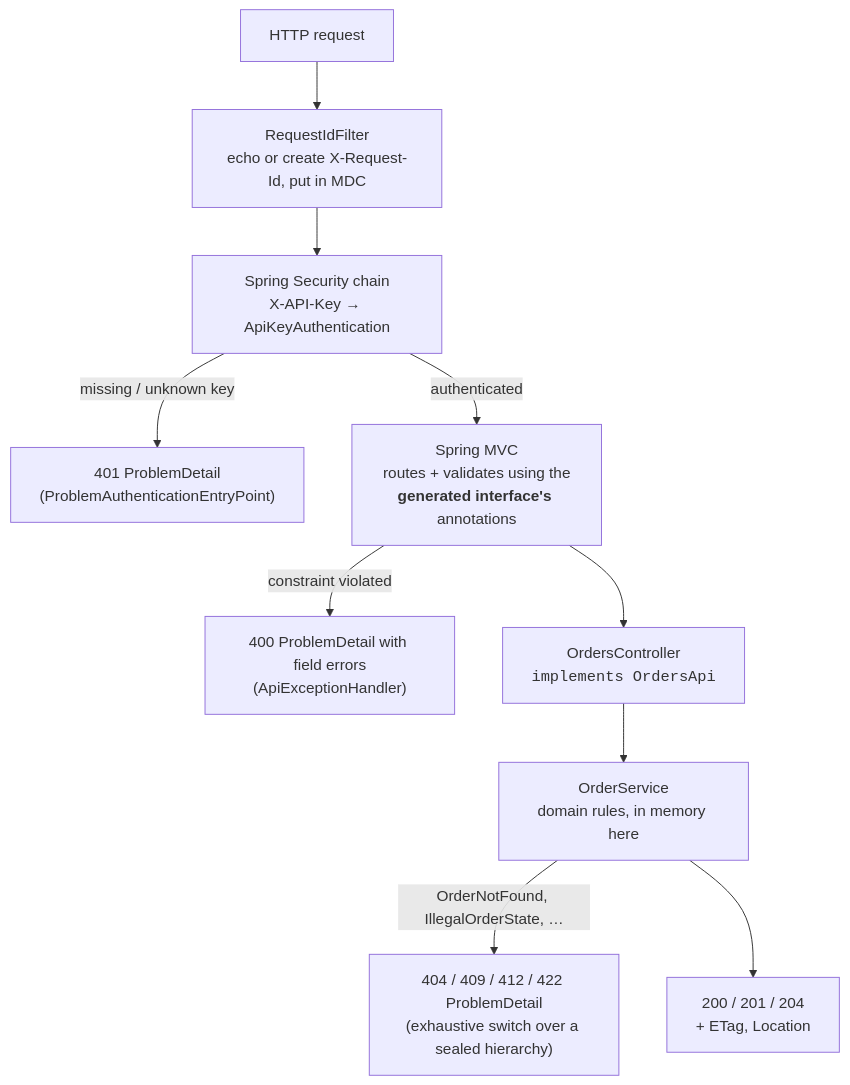
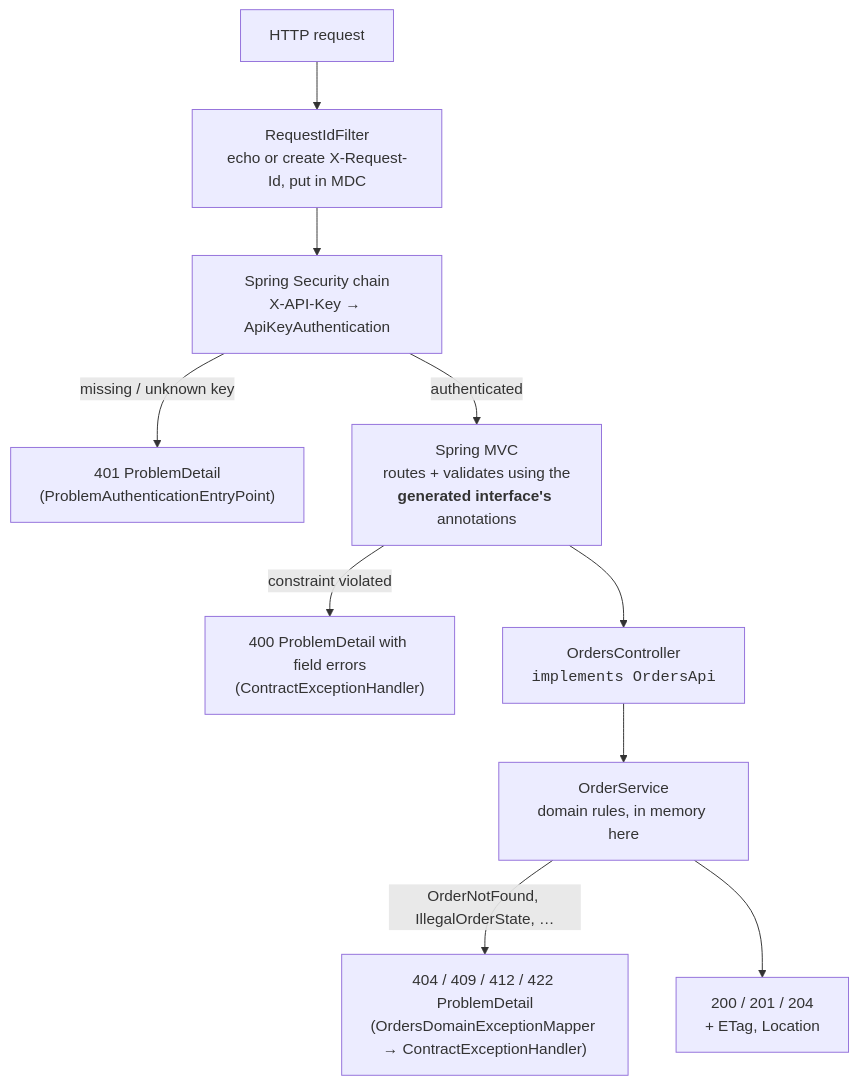
The third of 7 diagrams in README.md (dmitrykislov/contract-first-spring), drawn with Mermaid before and after one commit. The commit also changed other lines of this file and 71 other files, not shown here.

````diff
--- a/README.md
+++ b/README.md
@@ -221,12 +218,12 @@
 ```mermaid
 flowchart TB
     REQ["HTTP request"] --> RID["RequestIdFilter<br/>echo or create X-Request-Id, put in MDC"]
     RID --> SEC["Spring Security chain<br/>X-API-Key → ApiKeyAuthentication"]
     SEC -- "missing / unknown key" --> P401["401 ProblemDetail<br/>(ProblemAuthenticationEntryPoint)"]
     SEC -- "authenticated" --> MVC["Spring MVC<br/>routes + validates using the<br/><b>generated interface's</b> annotations"]
-    MVC -- "constraint violated" --> P400["400 ProblemDetail with field errors<br/>(ApiExceptionHandler)"]
+    MVC -- "constraint violated" --> P400["400 ProblemDetail with field errors<br/>(ContractExceptionHandler)"]
     MVC --> CTRL["OrdersController<br/><code>implements OrdersApi</code>"]
     CTRL --> DOM["OrderService<br/>domain rules, in memory here"]
-    DOM -- "OrderNotFound, IllegalOrderState, …" --> PERR["404 / 409 / 412 / 422 ProblemDetail<br/>(exhaustive switch over a sealed hierarchy)"]
+    DOM -- "OrderNotFound, IllegalOrderState, …" --> PERR["404 / 409 / 412 / 422 ProblemDetail<br/>(OrdersDomainExceptionMapper → ContractExceptionHandler)"]
     DOM --> RESP["200 / 201 / 204<br/>+ ETag, Location"]
 ```
````
